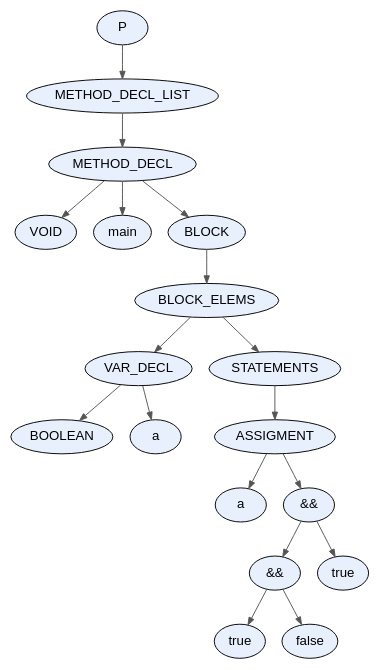
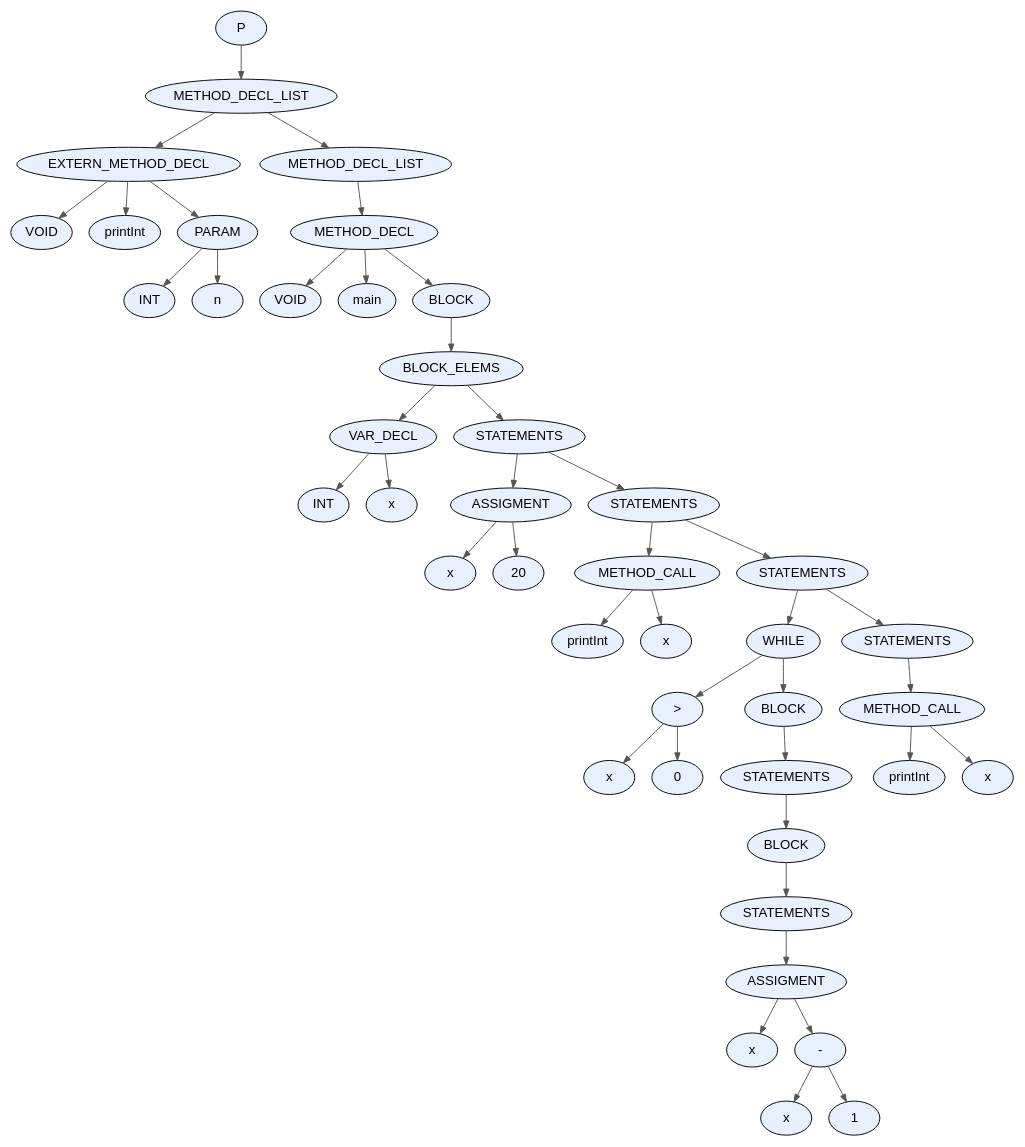
The diagram in proyecto/dot_files/test11.dot (facundo-dario-loser/TDS2026), drawn with Graphviz before and after one commit. The commit also changed 6 other files, not shown here.

```diff
--- a/proyecto/dot_files/test11.dot
+++ b/proyecto/dot_files/test11.dot
@@ -1,39 +1,89 @@
 digraph AST {
   node [fontname="Arial"];
   edge [arrowsize=0.8, color="#555555"];
-  "node_0x5ea126df2f50" [label="P", style=filled, fillcolor="#E8F0FE", shape=ellipse, style="rounded,filled"];
-  "node_0x5ea126df2f50" -> "node_0x5ea126df2f00";
-  "node_0x5ea126df2f00" [label="METHOD_DECL_LIST", style=filled, fillcolor="#E8F0FE", shape=ellipse, style="rounded,filled"];
-  "node_0x5ea126df2f00" -> "node_0x5ea126df2eb0";
-  "node_0x5ea126df2eb0" [label="METHOD_DECL", style=filled, fillcolor="#E8F0FE", shape=ellipse, style="rounded,filled"];
-  "node_0x5ea126df2eb0" -> "node_0x5ea126df2df0";
-  "node_0x5ea126df2df0" [label="VOID", style=filled, fillcolor="#E8F0FE", shape=ellipse, style="rounded,filled"];
-  "node_0x5ea126df2eb0" -> "node_0x5ea126df2e40";
-  "node_0x5ea126df2e40" [label="main", style=filled, fillcolor="#E8F0FE", shape=ellipse, style="rounded,filled"];
-  "node_0x5ea126df2eb0" -> "node_0x5ea126df2da0";
-  "node_0x5ea126df2da0" [label="BLOCK", style=filled, fillcolor="#E8F0FE", shape=ellipse, style="rounded,filled"];
-  "node_0x5ea126df2da0" -> "node_0x5ea126df2d50";
-  "node_0x5ea126df2d50" [label="BLOCK_ELEMS", style=filled, fillcolor="#E8F0FE", shape=ellipse, style="rounded,filled"];
-  "node_0x5ea126df2d50" -> "node_0x5ea126df2a40";
-  "node_0x5ea126df2a40" [label="VAR_DECL", style=filled, fillcolor="#E8F0FE", shape=ellipse, style="rounded,filled"];
-  "node_0x5ea126df2a40" -> "node_0x5ea126df2960";
-  "node_0x5ea126df2960" [label="BOOLEAN", style=filled, fillcolor="#E8F0FE", shape=ellipse, style="rounded,filled"];
-  "node_0x5ea126df2a40" -> "node_0x5ea126df29d0";
-  "node_0x5ea126df29d0" [label="a", style=filled, fillcolor="#E8F0FE", shape=ellipse, style="rounded,filled"];
-  "node_0x5ea126df2d50" -> "node_0x5ea126df2d00";
-  "node_0x5ea126df2d00" [label="STATEMENTS", style=filled, fillcolor="#E8F0FE", shape=ellipse, style="rounded,filled"];
-  "node_0x5ea126df2d00" -> "node_0x5ea126df2cb0";
-  "node_0x5ea126df2cb0" [label="ASSIGMENT", style=filled, fillcolor="#E8F0FE", shape=ellipse, style="rounded,filled"];
-  "node_0x5ea126df2cb0" -> "node_0x5ea126df2c40";
-  "node_0x5ea126df2c40" [label="a", style=filled, fillcolor="#E8F0FE", shape=ellipse, style="rounded,filled"];
-  "node_0x5ea126df2cb0" -> "node_0x5ea126df2bf0";
-  "node_0x5ea126df2bf0" [label="&&", style=filled, fillcolor="#E8F0FE", shape=ellipse, style="rounded,filled"];
-  "node_0x5ea126df2bf0" -> "node_0x5ea126df2b50";
-  "node_0x5ea126df2b50" [label="&&", style=filled, fillcolor="#E8F0FE", shape=ellipse, style="rounded,filled"];
-  "node_0x5ea126df2b50" -> "node_0x5ea126df2ab0";
-  "node_0x5ea126df2ab0" [label="true", style=filled, fillcolor="#E8F0FE", shape=ellipse, style="rounded,filled"];
-  "node_0x5ea126df2b50" -> "node_0x5ea126df2b00";
-  "node_0x5ea126df2b00" [label="false", style=filled, fillcolor="#E8F0FE", shape=ellipse, style="rounded,filled"];
-  "node_0x5ea126df2bf0" -> "node_0x5ea126df2ba0";
-  "node_0x5ea126df2ba0" [label="true", style=filled, fillcolor="#E8F0FE", shape=ellipse, style="rounded,filled"];
+  "node_0x58ed9384b8a0" [label="P", style=filled, fillcolor="#E8F0FE", shape=ellipse, style="rounded,filled"];
+  "node_0x58ed9384b8a0" -> "node_0x58ed9384b850";
+  "node_0x58ed9384b850" [label="METHOD_DECL_LIST", style=filled, fillcolor="#E8F0FE", shape=ellipse, style="rounded,filled"];
+  "node_0x58ed9384b850" -> "node_0x58ed9384a740";
+  "node_0x58ed9384a740" [label="EXTERN_METHOD_DECL", style=filled, fillcolor="#E8F0FE", shape=ellipse, style="rounded,filled"];
+  "node_0x58ed9384a740" -> "node_0x58ed9384a680";
+  "node_0x58ed9384a680" [label="VOID", style=filled, fillcolor="#E8F0FE", shape=ellipse, style="rounded,filled"];
+  "node_0x58ed9384a740" -> "node_0x58ed9384a6d0";
+  "node_0x58ed9384a6d0" [label="printInt", style=filled, fillcolor="#E8F0FE", shape=ellipse, style="rounded,filled"];
+  "node_0x58ed9384a740" -> "node_0x58ed9384a630";
+  "node_0x58ed9384a630" [label="PARAM", style=filled, fillcolor="#E8F0FE", shape=ellipse, style="rounded,filled"];
+  "node_0x58ed9384a630" -> "node_0x58ed9384a550";
+  "node_0x58ed9384a550" [label="INT", style=filled, fillcolor="#E8F0FE", shape=ellipse, style="rounded,filled"];
+  "node_0x58ed9384a630" -> "node_0x58ed9384a5c0";
+  "node_0x58ed9384a5c0" [label="n", style=filled, fillcolor="#E8F0FE", shape=ellipse, style="rounded,filled"];
+  "node_0x58ed9384b850" -> "node_0x58ed9384b800";
+  "node_0x58ed9384b800" [label="METHOD_DECL_LIST", style=filled, fillcolor="#E8F0FE", shape=ellipse, style="rounded,filled"];
+  "node_0x58ed9384b800" -> "node_0x58ed9384b7b0";
+  "node_0x58ed9384b7b0" [label="METHOD_DECL", style=filled, fillcolor="#E8F0FE", shape=ellipse, style="rounded,filled"];
+  "node_0x58ed9384b7b0" -> "node_0x58ed9384b6f0";
+  "node_0x58ed9384b6f0" [label="VOID", style=filled, fillcolor="#E8F0FE", shape=ellipse, style="rounded,filled"];
+  "node_0x58ed9384b7b0" -> "node_0x58ed9384b740";
+  "node_0x58ed9384b740" [label="main", style=filled, fillcolor="#E8F0FE", shape=ellipse, style="rounded,filled"];
+  "node_0x58ed9384b7b0" -> "node_0x58ed9384b6a0";
+  "node_0x58ed9384b6a0" [label="BLOCK", style=filled, fillcolor="#E8F0FE", shape=ellipse, style="rounded,filled"];
+  "node_0x58ed9384b6a0" -> "node_0x58ed9384b650";
+  "node_0x58ed9384b650" [label="BLOCK_ELEMS", style=filled, fillcolor="#E8F0FE", shape=ellipse, style="rounded,filled"];
+  "node_0x58ed9384b650" -> "node_0x58ed9384a890";
+  "node_0x58ed9384a890" [label="VAR_DECL", style=filled, fillcolor="#E8F0FE", shape=ellipse, style="rounded,filled"];
+  "node_0x58ed9384a890" -> "node_0x58ed9384a7b0";
+  "node_0x58ed9384a7b0" [label="INT", style=filled, fillcolor="#E8F0FE", shape=ellipse, style="rounded,filled"];
+  "node_0x58ed9384a890" -> "node_0x58ed9384a820";
+  "node_0x58ed9384a820" [label="x", style=filled, fillcolor="#E8F0FE", shape=ellipse, style="rounded,filled"];
+  "node_0x58ed9384b650" -> "node_0x58ed9384b600";
+  "node_0x58ed9384b600" [label="STATEMENTS", style=filled, fillcolor="#E8F0FE", shape=ellipse, style="rounded,filled"];
+  "node_0x58ed9384b600" -> "node_0x58ed9384a9c0";
+  "node_0x58ed9384a9c0" [label="ASSIGMENT", style=filled, fillcolor="#E8F0FE", shape=ellipse, style="rounded,filled"];
+  "node_0x58ed9384a9c0" -> "node_0x58ed9384a950";
+  "node_0x58ed9384a950" [label="x", style=filled, fillcolor="#E8F0FE", shape=ellipse, style="rounded,filled"];
+  "node_0x58ed9384a9c0" -> "node_0x58ed9384a900";
+  "node_0x58ed9384a900" [label="20", style=filled, fillcolor="#E8F0FE", shape=ellipse, style="rounded,filled"];
+  "node_0x58ed9384b600" -> "node_0x58ed9384b5b0";
+  "node_0x58ed9384b5b0" [label="STATEMENTS", style=filled, fillcolor="#E8F0FE", shape=ellipse, style="rounded,filled"];
+  "node_0x58ed9384b5b0" -> "node_0x58ed9384ab30";
+  "node_0x58ed9384ab30" [label="METHOD_CALL", style=filled, fillcolor="#E8F0FE", shape=ellipse, style="rounded,filled"];
+  "node_0x58ed9384ab30" -> "node_0x58ed9384aac0";
+  "node_0x58ed9384aac0" [label="printInt", style=filled, fillcolor="#E8F0FE", shape=ellipse, style="rounded,filled"];
+  "node_0x58ed9384ab30" -> "node_0x58ed9384aa50";
+  "node_0x58ed9384aa50" [label="x", style=filled, fillcolor="#E8F0FE", shape=ellipse, style="rounded,filled"];
+  "node_0x58ed9384b5b0" -> "node_0x58ed9384b560";
+  "node_0x58ed9384b560" [label="STATEMENTS", style=filled, fillcolor="#E8F0FE", shape=ellipse, style="rounded,filled"];
+  "node_0x58ed9384b560" -> "node_0x58ed9384b350";
+  "node_0x58ed9384b350" [label="WHILE", style=filled, fillcolor="#E8F0FE", shape=ellipse, style="rounded,filled"];
+  "node_0x58ed9384b350" -> "node_0x58ed9384ac60";
+  "node_0x58ed9384ac60" [label=">", style=filled, fillcolor="#E8F0FE", shape=ellipse, style="rounded,filled"];
+  "node_0x58ed9384ac60" -> "node_0x58ed9384aba0";
+  "node_0x58ed9384aba0" [label="x", style=filled, fillcolor="#E8F0FE", shape=ellipse, style="rounded,filled"];
+  "node_0x58ed9384ac60" -> "node_0x58ed9384ac10";
+  "node_0x58ed9384ac10" [label="0", style=filled, fillcolor="#E8F0FE", shape=ellipse, style="rounded,filled"];
+  "node_0x58ed9384b350" -> "node_0x58ed9384b300";
+  "node_0x58ed9384b300" [label="BLOCK", style=filled, fillcolor="#E8F0FE", shape=ellipse, style="rounded,filled"];
+  "node_0x58ed9384b300" -> "node_0x58ed9384b2b0";
+  "node_0x58ed9384b2b0" [label="STATEMENTS", style=filled, fillcolor="#E8F0FE", shape=ellipse, style="rounded,filled"];
+  "node_0x58ed9384b2b0" -> "node_0x58ed9384af60";
+  "node_0x58ed9384af60" [label="BLOCK", style=filled, fillcolor="#E8F0FE", shape=ellipse, style="rounded,filled"];
+  "node_0x58ed9384af60" -> "node_0x58ed9384af10";
+  "node_0x58ed9384af10" [label="STATEMENTS", style=filled, fillcolor="#E8F0FE", shape=ellipse, style="rounded,filled"];
+  "node_0x58ed9384af10" -> "node_0x58ed9384aec0";
+  "node_0x58ed9384aec0" [label="ASSIGMENT", style=filled, fillcolor="#E8F0FE", shape=ellipse, style="rounded,filled"];
+  "node_0x58ed9384aec0" -> "node_0x58ed9384ae50";
+  "node_0x58ed9384ae50" [label="x", style=filled, fillcolor="#E8F0FE", shape=ellipse, style="rounded,filled"];
+  "node_0x58ed9384aec0" -> "node_0x58ed9384ae00";
+  "node_0x58ed9384ae00" [label="-", style=filled, fillcolor="#E8F0FE", shape=ellipse, style="rounded,filled"];
+  "node_0x58ed9384ae00" -> "node_0x58ed9384ad40";
+  "node_0x58ed9384ad40" [label="x", style=filled, fillcolor="#E8F0FE", shape=ellipse, style="rounded,filled"];
+  "node_0x58ed9384ae00" -> "node_0x58ed9384adb0";
+  "node_0x58ed9384adb0" [label="1", style=filled, fillcolor="#E8F0FE", shape=ellipse, style="rounded,filled"];
+  "node_0x58ed9384b560" -> "node_0x58ed9384b510";
+  "node_0x58ed9384b510" [label="STATEMENTS", style=filled, fillcolor="#E8F0FE", shape=ellipse, style="rounded,filled"];
+  "node_0x58ed9384b510" -> "node_0x58ed9384b4c0";
+  "node_0x58ed9384b4c0" [label="METHOD_CALL", style=filled, fillcolor="#E8F0FE", shape=ellipse, style="rounded,filled"];
+  "node_0x58ed9384b4c0" -> "node_0x58ed9384b450";
+  "node_0x58ed9384b450" [label="printInt", style=filled, fillcolor="#E8F0FE", shape=ellipse, style="rounded,filled"];
+  "node_0x58ed9384b4c0" -> "node_0x58ed9384b3e0";
+  "node_0x58ed9384b3e0" [label="x", style=filled, fillcolor="#E8F0FE", shape=ellipse, style="rounded,filled"];
 }
```
